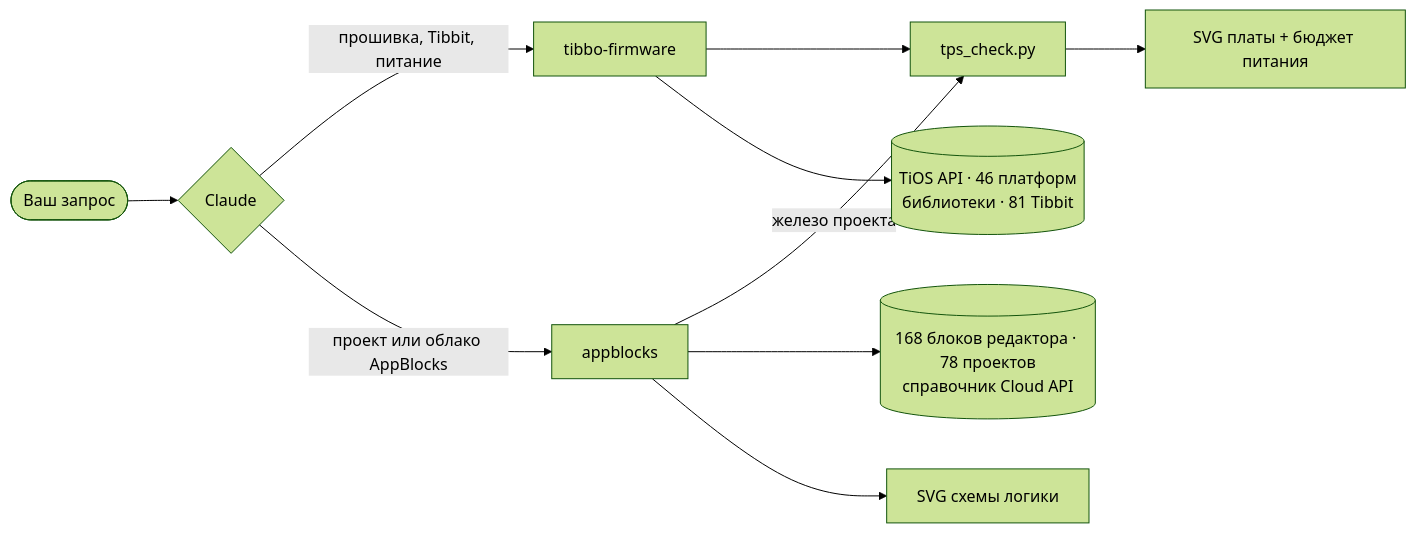
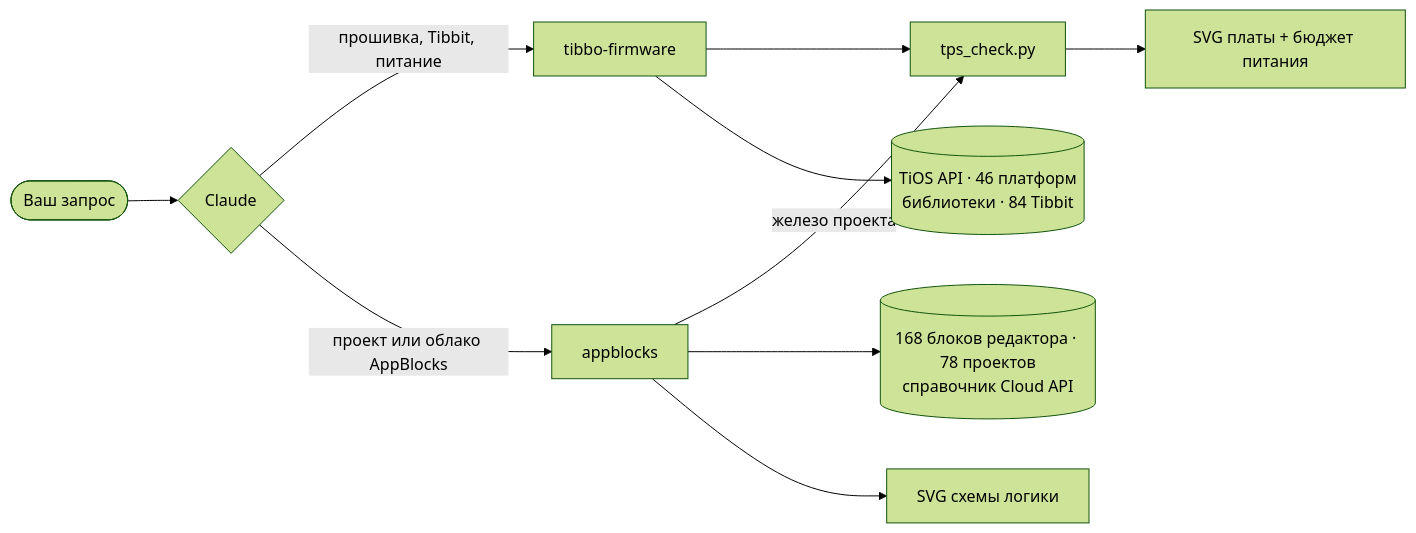
Before and after one commit to SCANCODE-IOT/tibbo-claude-skills: the diagram in README.ru.md, drawn with Mermaid (forest theme). The commit also changed 15 other files, not shown here.

````diff
--- a/README.ru.md
+++ b/README.ru.md
@@ -43,12 +43,12 @@
 ```mermaid
 flowchart LR
     U([Ваш запрос]) --> C{Claude}
     C -->|прошивка, Tibbit, питание| F[tibbo-firmware]
     C -->|проект или облако AppBlocks| A[appblocks]
     A -->|железо проекта| T[tps_check.py]
     F --> T
-    F --> R[(TiOS API · 46 платформ<br/>библиотеки · 81 Tibbit)]
+    F --> R[(TiOS API · 46 платформ<br/>библиотеки · 84 Tibbit)]
     A --> K[(168 блоков редактора · 78 проектов<br/>справочник Cloud API)]
     T --> S[SVG платы + бюджет питания]
     A --> L[SVG схемы логики]
 ```
````
